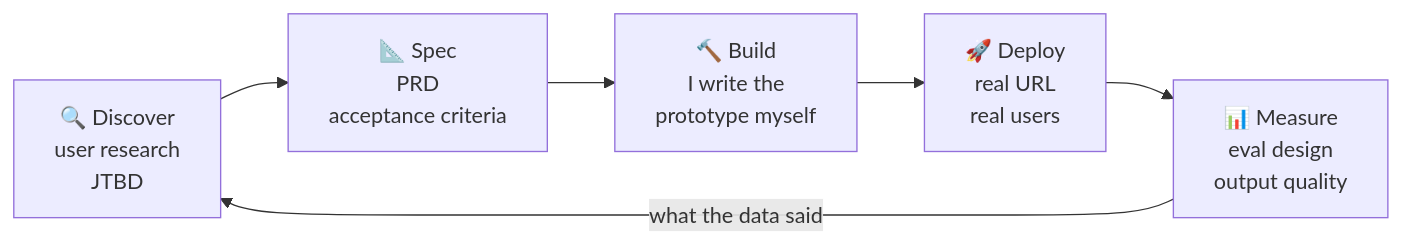
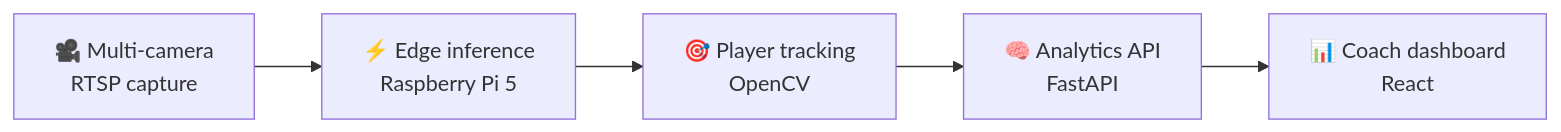
Before and after one commit to MayankSinghRaghav/MayankSinghRaghav: the diagram in README.md, drawn with Mermaid. The commit also changed other lines of this file, not shown here.

````diff
--- a/README.md
+++ b/README.md
@@ -54,8 +63,7 @@
 ```mermaid
 flowchart LR
-    A["🔍 Discover<br/>user research<br/>JTBD"] --> B["📐 Spec<br/>PRD<br/>acceptance criteria"]
-    B --> C["🔨 Build<br/>I write the<br/>prototype myself"]
-    C --> D["🚀 Deploy<br/>real URL<br/>real users"]
-    D --> E["📊 Measure<br/>eval design<br/>output quality"]
-    E -->|"what the data said"| A
+  A["🎥 Multi-camera<br/>RTSP capture"] --> B["⚡ Edge inference<br/>Raspberry Pi 5"]
+  B --> C["🎯 Player tracking<br/>OpenCV"]
+  C --> D["🧠 Analytics API<br/>FastAPI"]
+  D --> E["📊 Coach dashboard<br/>React"]
 ```
````
